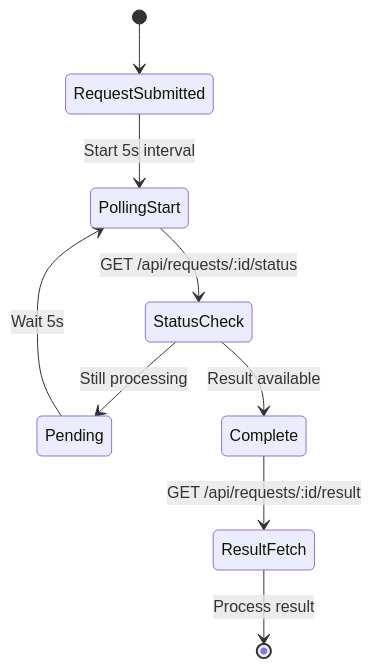
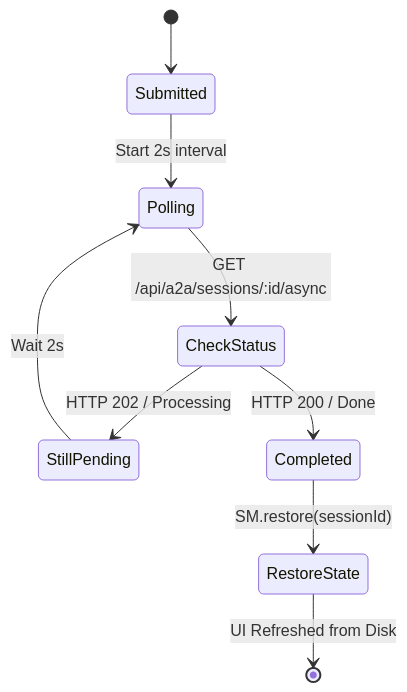
The fourth of 5 diagrams in a2a-client/docs/workflows/communication/README.md (donkeyhotshow/a2a-script-agent-autonomy), drawn with Mermaid before and after one commit. The commit also changed other lines of this file and 280 other files, not shown here.

````diff
--- a/a2a-client/docs/workflows/communication/README.md
+++ b/a2a-client/docs/workflows/communication/README.md
@@ -123,11 +123,11 @@
 ```mermaid
 stateDiagram-v2
-    [*] --> RequestSubmitted
-    RequestSubmitted --> PollingStart: Start 5s interval
-    PollingStart --> StatusCheck: GET /api/requests/:id/status
-    StatusCheck --> Pending: Still processing
-    StatusCheck --> Complete: Result available
-    Pending --> PollingStart: Wait 5s
-    Complete --> ResultFetch: GET /api/requests/:id/result
-    ResultFetch --> [*]: Process result
+    [*] --> Submitted
+    Submitted --> Polling: Start 2s interval
+    Polling --> CheckStatus: GET /api/a2a/sessions/:id/async
+    CheckStatus --> StillPending: HTTP 202 / Processing
+    CheckStatus --> Completed: HTTP 200 / Done
+    StillPending --> Polling: Wait 2s
+    Completed --> RestoreState: SM.restore(sessionId)
+    RestoreState --> [*]: UI Refreshed from Disk
 ```
````
